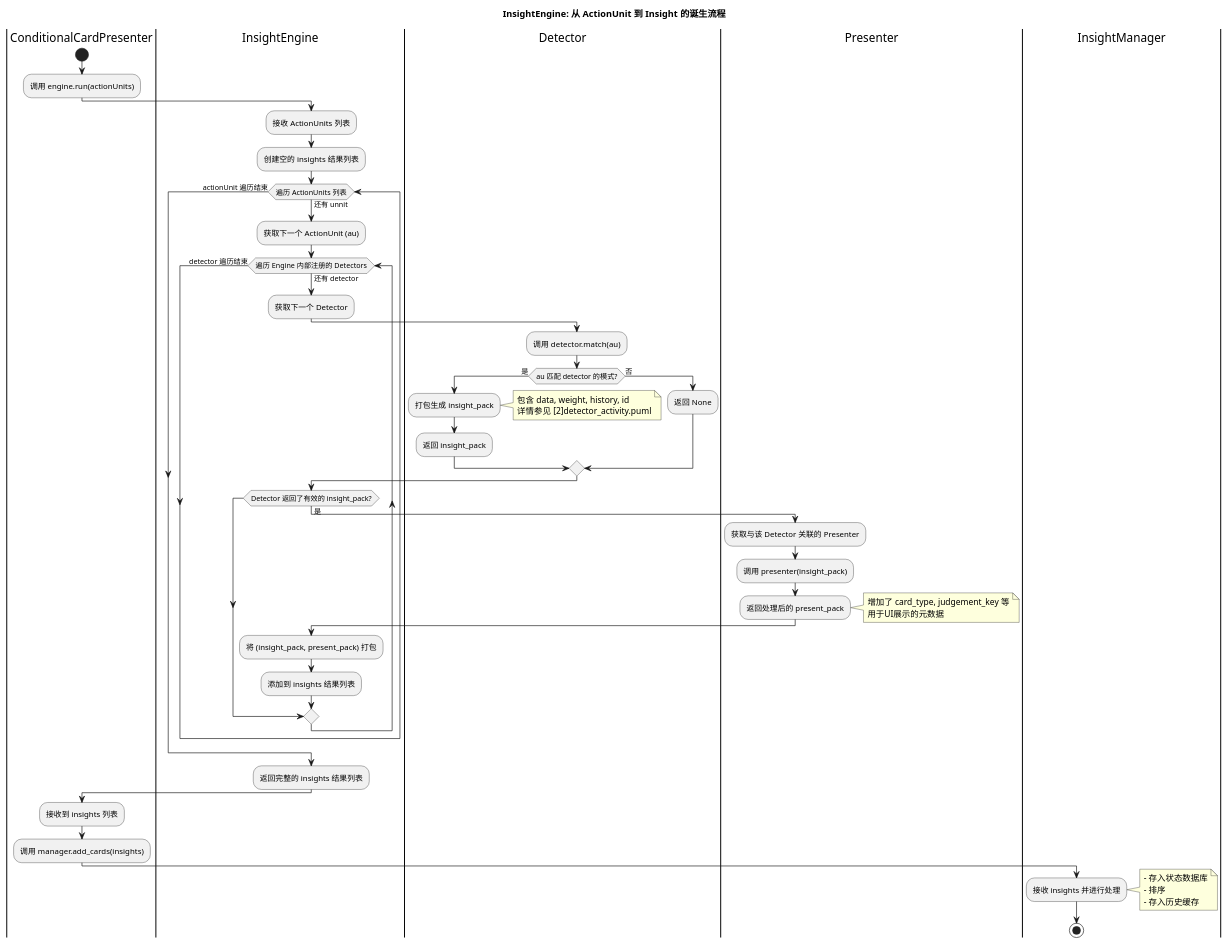
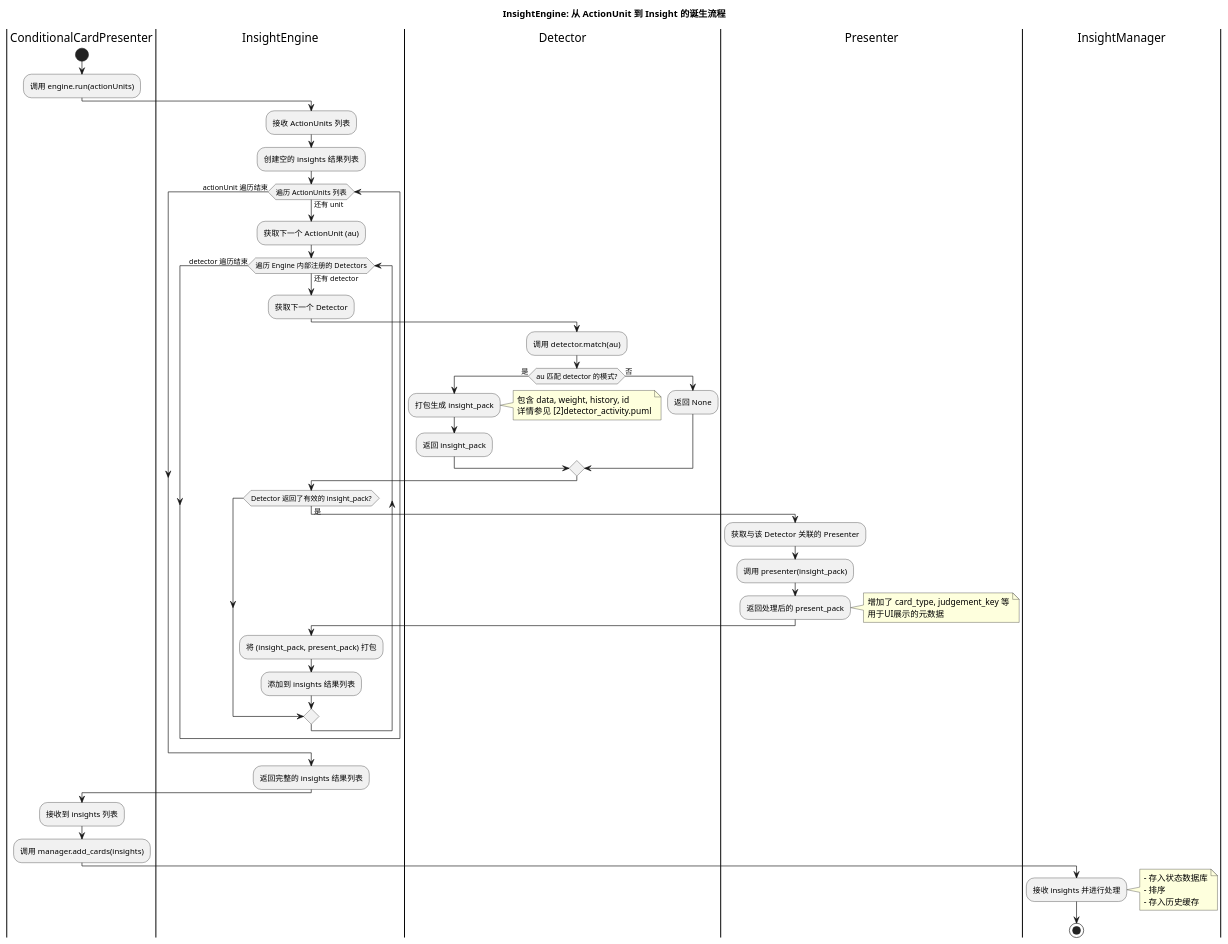
One commit to 67-68/Time-Integrator changed the diagram in documents/umls/2/[2]engine_generates_insight.puml. Above: the diagram before and after it, drawn with PlantUML. The commit also changed 88 other files, not shown here.

```diff
--- a/documents/umls/2/[2]engine_generates_insight.puml
+++ b/documents/umls/2/[2]engine_generates_insight.puml
@@ -1,64 +1,67 @@
 @startuml
 title InsightEngine: 从 ActionUnit 到 Insight 的诞生流程
 
 |ConditionalCardPresenter|
 start
+
+
+
 :调用 engine.run(actionUnits);
 
 |InsightEngine|
 :接收 ActionUnits 列表;
 :创建空的 insights 结果列表;
 
-while (遍历 ActionUnits 列表) is (还有 unnit)
+while (遍历 ActionUnits 列表) is (还有 unit)
     :获取下一个 ActionUnit (au);
 
     while (遍历 Engine 内部注册的 Detectors) is (还有 detector)
         :获取下一个 Detector;
 
         |Detector|
         :调用 detector.match(au);
         if (au 匹配 detector 的模式?) then (是)
             :打包生成 insight_pack;
             note right
                 包含 data, weight, history, id
                 详情参见 [2]detector_activity.puml
             end note
             :返回 insight_pack;
         else (否)
             :返回 None;
         endif
 
         |InsightEngine|
         if (Detector 返回了有效的 insight_pack?) then (是)
             |Presenter|
             :获取与该 Detector 关联的 Presenter;
             :调用 presenter(insight_pack);
             :返回处理后的 present_pack;
             note right
                 增加了 card_type, judgement_key 等
                 用于UI展示的元数据
             end note
 
             |InsightEngine|
             :将 (insight_pack, present_pack) 打包;
             :添加到 insights 结果列表;
         endif
     endwhile (detector 遍历结束)
 endwhile (actionUnit 遍历结束)
 
 :返回完整的 insights 结果列表;
 
 |ConditionalCardPresenter|
 :接收到 insights 列表;
 :调用 manager.add_cards(insights);
 
 |InsightManager|
 :接收 insights 并进行处理;
 note right
   - 存入状态数据库
   - 排序
   - 存入历史缓存
 end note
 stop
 
 @enduml
```
